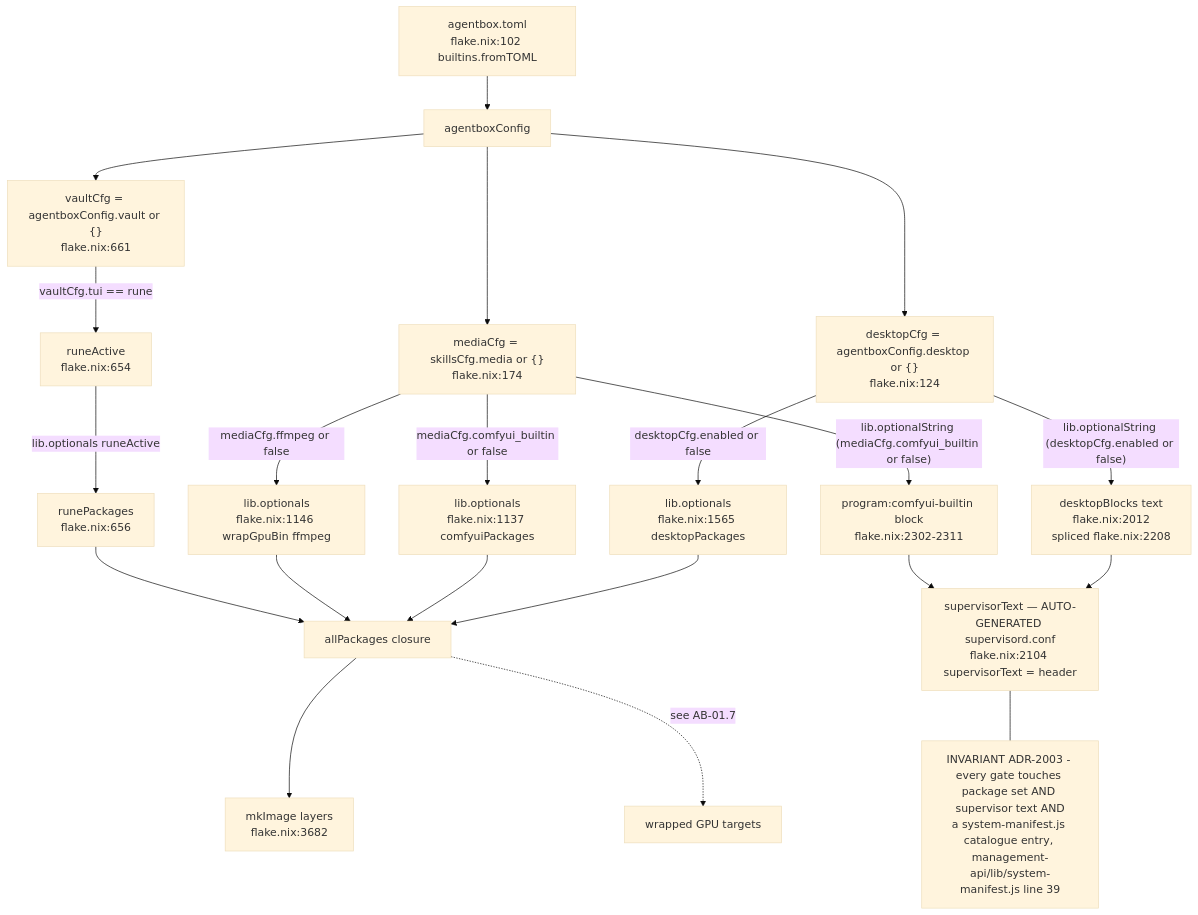
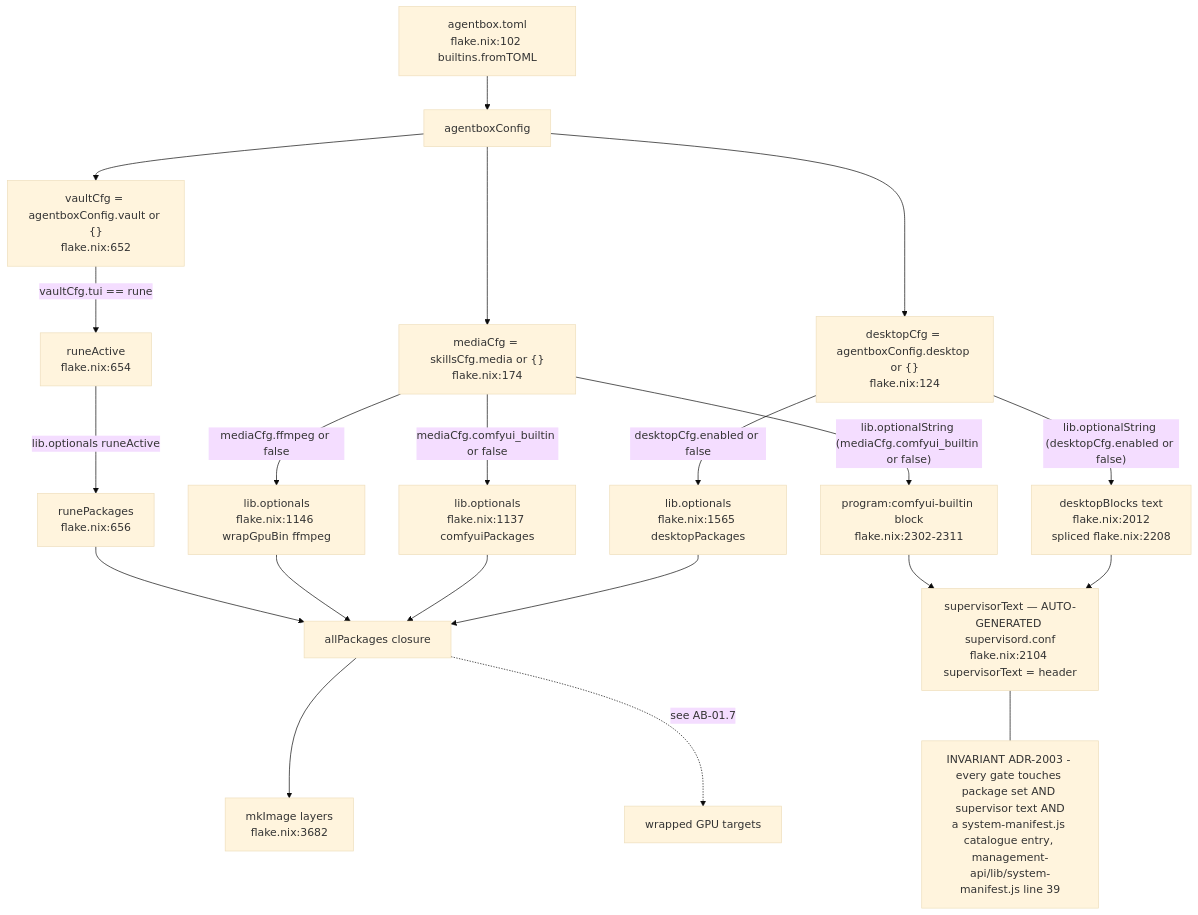
Before and after one commit to DreamLab-AI/VisionFlow: the first of 11 diagrams in docs/diagrams/agentbox/01-nix-flake-composition.md, drawn with Mermaid (base theme). The commit also changed other lines of this file and 25 other files, not shown here.

````diff
--- a/docs/diagrams/agentbox/01-nix-flake-composition.md
+++ b/docs/diagrams/agentbox/01-nix-flake-composition.md
@@ -30,30 +30,30 @@
 ```mermaid
 flowchart TB
     TOML["agentbox.toml<br/>flake.nix:102 builtins.fromTOML"] --> CFG["agentboxConfig"]
     CFG --> DESK["desktopCfg = agentboxConfig.desktop or {}<br/>flake.nix:124"]
     CFG --> MEDIA["mediaCfg = skillsCfg.media or {}<br/>flake.nix:174"]
-    CFG --> VAULT["vaultCfg = agentboxConfig.vault or {}<br/>flake.nix:661"]
+    CFG --> VAULT["vaultCfg = agentboxConfig.vault or {}<br/>flake.nix:652"]
 
     DESK -->|"desktopCfg.enabled or false"| DESKOPT["lib.optionals<br/>flake.nix:1565 desktopPackages"]
     MEDIA -->|"mediaCfg.comfyui_builtin or false"| COMFYOPT["lib.optionals<br/>flake.nix:1137 comfyuiPackages"]
     MEDIA -->|"mediaCfg.ffmpeg or false"| FFOPT["lib.optionals<br/>flake.nix:1146 wrapGpuBin ffmpeg"]
     VAULT -->|"vaultCfg.tui == rune"| RUNEOPT["runeActive<br/>flake.nix:654"]
 
     DESKOPT --> ALLPKG["allPackages closure"]
     COMFYOPT --> ALLPKG
     FFOPT --> ALLPKG
     RUNEOPT -->|"lib.optionals runeActive"| RUNEPKG["runePackages<br/>flake.nix:656"]
     RUNEPKG --> ALLPKG
 
     DESK -->|"lib.optionalString (desktopCfg.enabled or false)"| DESKSUP["desktopBlocks text<br/>flake.nix:2012<br/>spliced flake.nix:2208"]
     MEDIA -->|"lib.optionalString (mediaCfg.comfyui_builtin or false)"| COMFYSUP["program:comfyui-builtin block<br/>flake.nix:2302-2311"]
 
     DESKSUP --> SUPTEXT["supervisorText — AUTO-GENERATED supervisord.conf<br/>flake.nix:2104 supervisorText = header"]
     COMFYSUP --> SUPTEXT
     ALLPKG --> MKIMAGE["mkImage layers<br/>flake.nix:3682"]
 
     ALLPKG -.->|"see AB-01.7"| WRAPTGT["wrapped GPU targets"]
 
     note1["INVARIANT ADR-2003 - every gate touches package set AND supervisor text AND<br/>a system-manifest.js catalogue entry, management-api/lib/system-manifest.js line 39"]
     SUPTEXT --- note1
 ```
````
